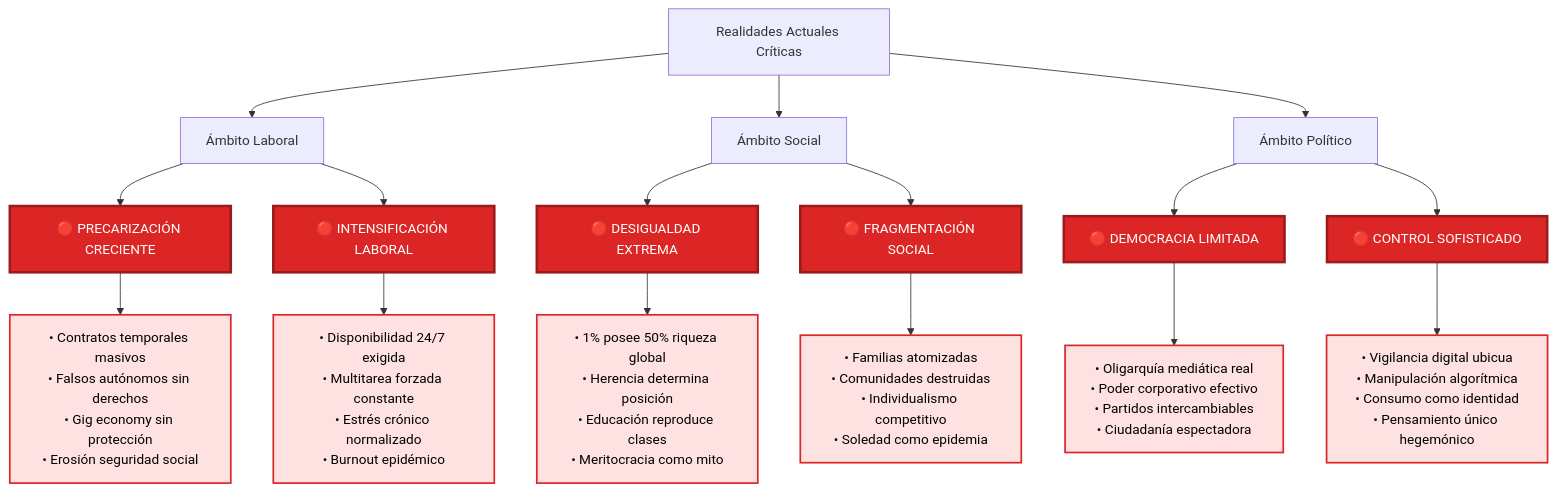
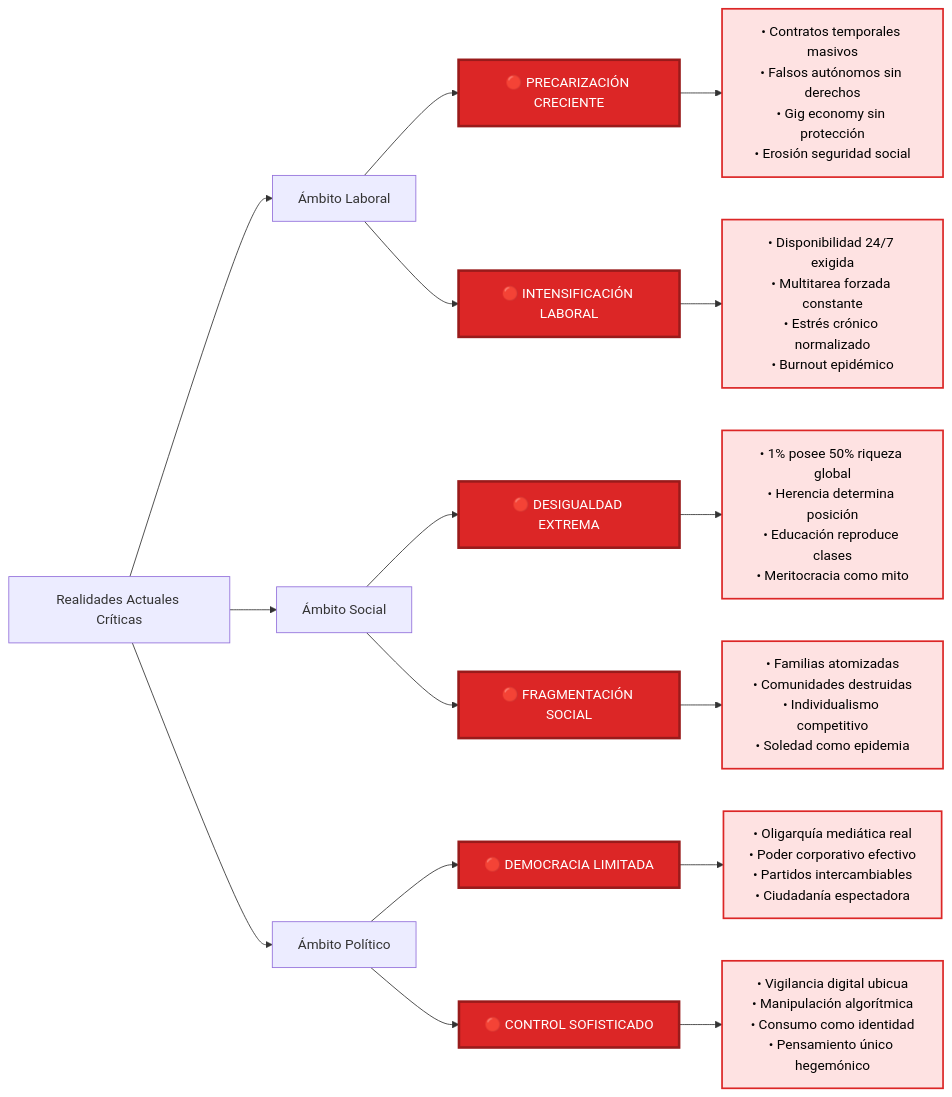
Before and after one commit to perpetuocambio/annotations: diagram 20 of 21 in sociologia/rights_comparison_table.md, drawn with Mermaid. The commit also changed other lines of this file, not shown here.

````diff
--- a/sociologia/rights_comparison_table.md
+++ b/sociologia/rights_comparison_table.md
@@ -588,30 +588,30 @@
 ```mermaid
-graph TB
+graph LR
     A[Realidades Actuales Críticas] --> B[Ámbito Laboral]
     A --> C[Ámbito Social]
     A --> D[Ámbito Político]
     
     B --> B1["🔴 PRECARIZACIÓN CRECIENTE"]
     B1 --> B1a["• Contratos temporales masivos<br/>• Falsos autónomos sin derechos<br/>• Gig economy sin protección<br/>• Erosión seguridad social"]
     
     B --> B2["🔴 INTENSIFICACIÓN LABORAL"]
     B2 --> B2a["• Disponibilidad 24/7 exigida<br/>• Multitarea forzada constante<br/>• Estrés crónico normalizado<br/>• Burnout epidémico"]
     
     C --> C1["🔴 DESIGUALDAD EXTREMA"]
     C1 --> C1a["• 1% posee 50% riqueza global<br/>• Herencia determina posición<br/>• Educación reproduce clases<br/>• Meritocracia como mito"]
     
     C --> C2["🔴 FRAGMENTACIÓN SOCIAL"]
     C2 --> C2a["• Familias atomizadas<br/>• Comunidades destruidas<br/>• Individualismo competitivo<br/>• Soledad como epidemia"]
     
     D --> D1["🔴 DEMOCRACIA LIMITADA"]
     D1 --> D1a["• Oligarquía mediática real<br/>• Poder corporativo efectivo<br/>• Partidos intercambiables<br/>• Ciudadanía espectadora"]
     
     D --> D2["🔴 CONTROL SOFISTICADO"]
     D2 --> D2a["• Vigilancia digital ubicua<br/>• Manipulación algorítmica<br/>• Consumo como identidad<br/>• Pensamiento único hegemónico"]
     
     classDef critical fill:#dc2626,stroke:#991b1b,stroke-width:3px,color:#fff
     classDef details fill:#fee2e2,stroke:#dc2626,stroke-width:2px,color:#000
     
     class B1,B2,C1,C2,D1,D2 critical
     class B1a,B2a,C1a,C2a,D1a,D2a details
 ```
````
